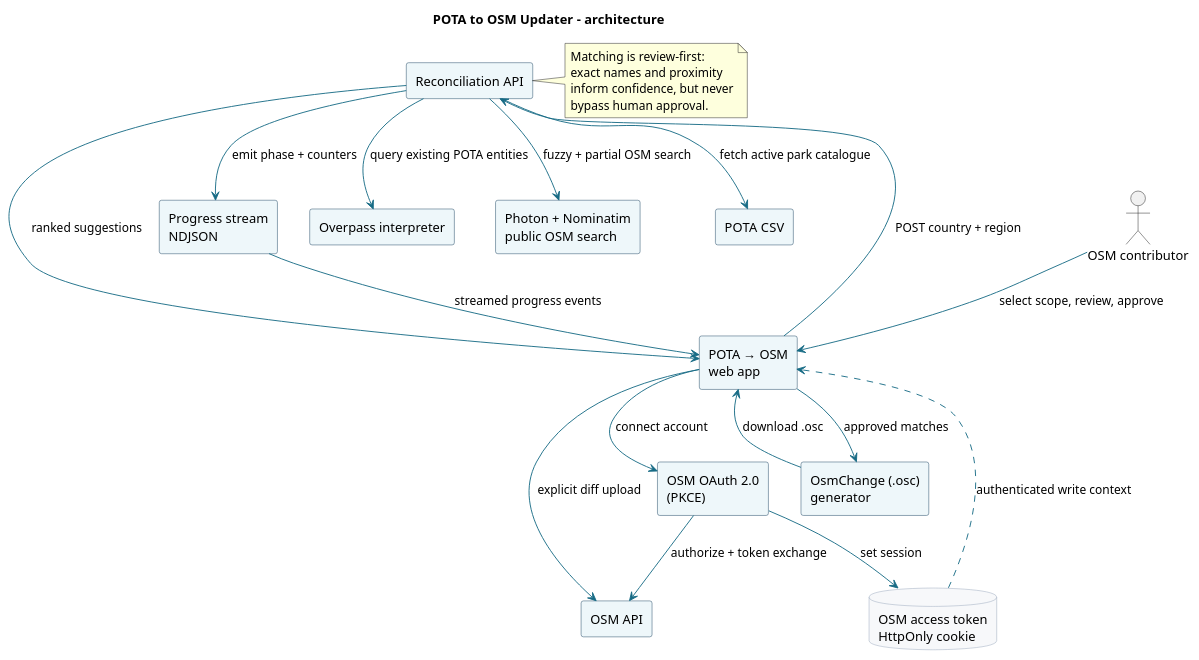
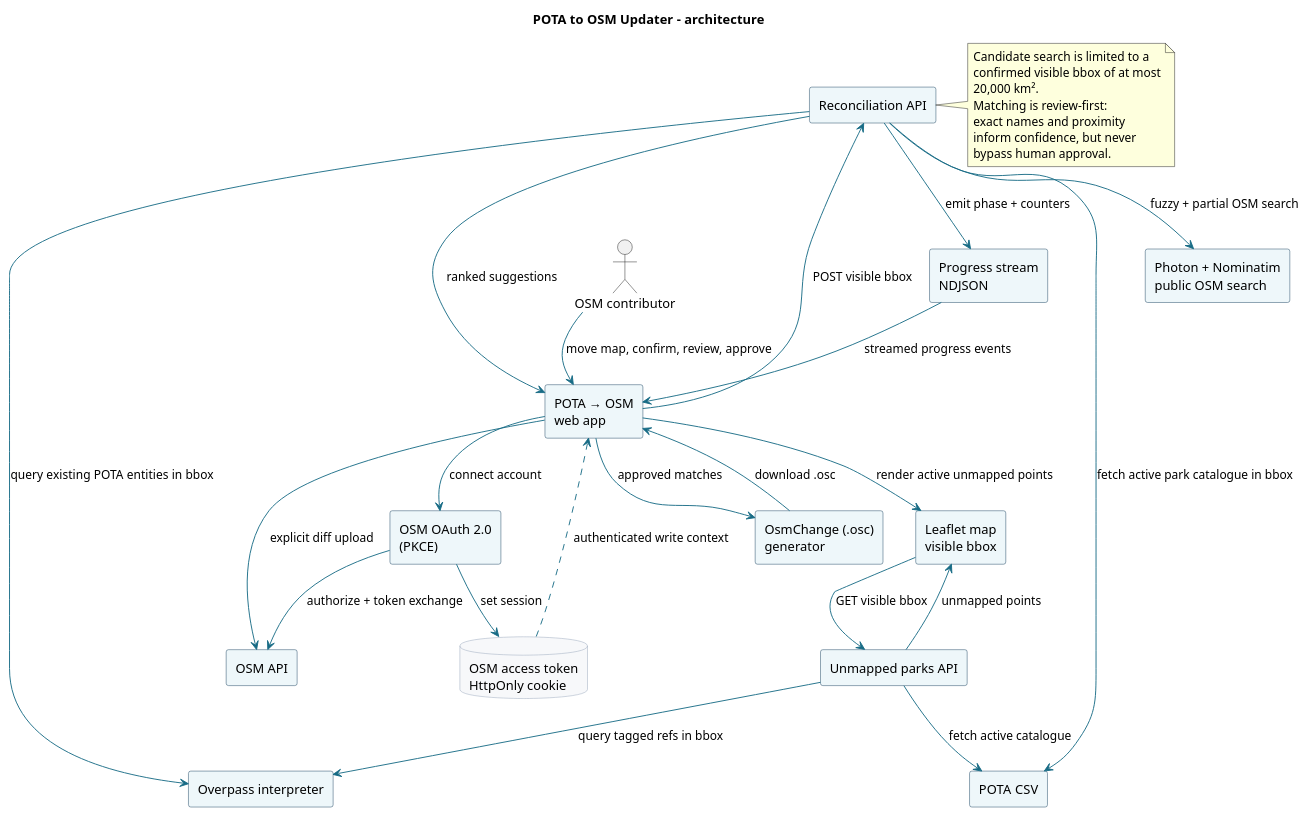
The diagram in docs/architecture.puml (ea7klk/pota-updater), drawn with PlantUML before and after one commit. The commit also changed 12 other files, not shown here.

Commit message:
Select reconciliation parks from Leaflet map

```diff
--- a/docs/architecture.puml
+++ b/docs/architecture.puml
@@ -1,44 +1,54 @@
 @startuml
 title POTA to OSM Updater - architecture
 skinparam backgroundColor #FFFFFF
 skinparam shadowing false
 skinparam componentStyle rectangle
 skinparam defaultFontName Arial
 skinparam ArrowColor #176B85
 skinparam ComponentBorderColor #123D5A
 skinparam ComponentBackgroundColor #EEF7FA
 skinparam DatabaseBackgroundColor #F7F8FA
 skinparam DatabaseBorderColor #94A3B8
 actor "OSM contributor" as contributor
 component "POTA → OSM\nweb app" as app
+component "Leaflet map\nvisible bbox" as map
 component "Reconciliation API" as reconcile
 component "Progress stream\nNDJSON" as progress
 component "OSM OAuth 2.0\n(PKCE)" as oauth
 component "OSM API" as osm
 database "OSM access token\nHttpOnly cookie" as token
 component "Overpass interpreter" as overpass
+component "Unmapped parks API" as unmapped
 component "Photon + Nominatim\npublic OSM search" as osmsearch
 component "POTA CSV" as pota
 component "OsmChange (.osc)\ngenerator" as osc
-contributor --> app : select scope, review, approve
+contributor --> app : move map, confirm, review, approve
+app --> map : render active unmapped points
+map --> unmapped : GET visible bbox
+unmapped --> pota : fetch active catalogue
+unmapped --> overpass : query tagged refs in bbox
+unmapped --> map : unmapped points
 app --> oauth : connect account
 oauth --> osm : authorize + token exchange
 oauth --> token : set session
-app --> reconcile : POST country + region
+app --> reconcile : POST visible bbox
 reconcile --> progress : emit phase + counters
 progress --> app : streamed progress events
-reconcile --> pota : fetch active park catalogue
-reconcile --> overpass : query existing POTA entities
+reconcile --> pota : fetch active park catalogue in bbox
+reconcile --> overpass : query existing POTA entities in bbox
 reconcile --> osmsearch : fuzzy + partial OSM search
 reconcile --> app : ranked suggestions
 app --> osc : approved matches
 osc --> app : download .osc
 app --> osm : explicit diff upload
 token ..> app : authenticated write context
 note right of reconcile
+  Candidate search is limited to a
+  confirmed visible bbox of at most
+  20,000 km².
   Matching is review-first:
   exact names and proximity
   inform confidence, but never
   bypass human approval.
 end note
 @enduml
```
